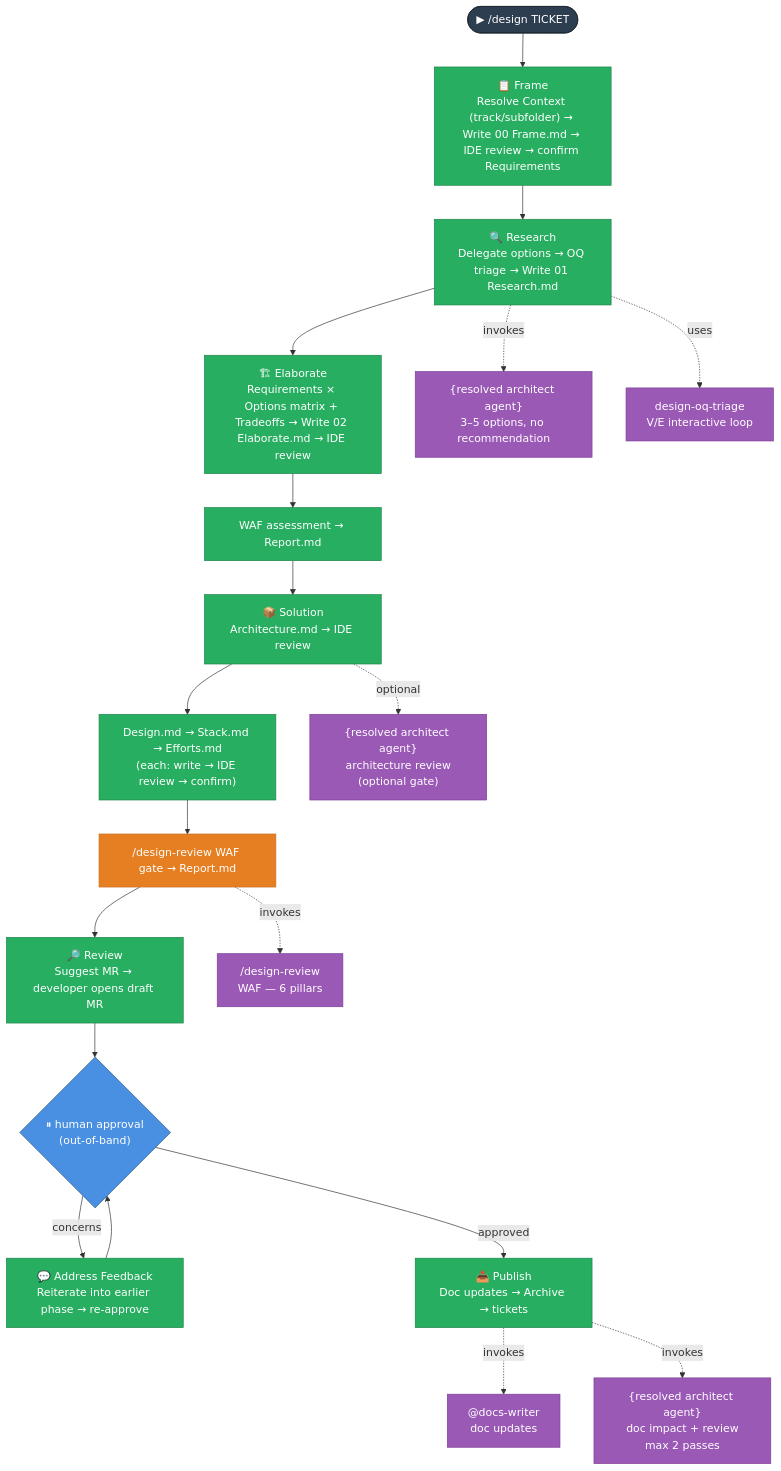
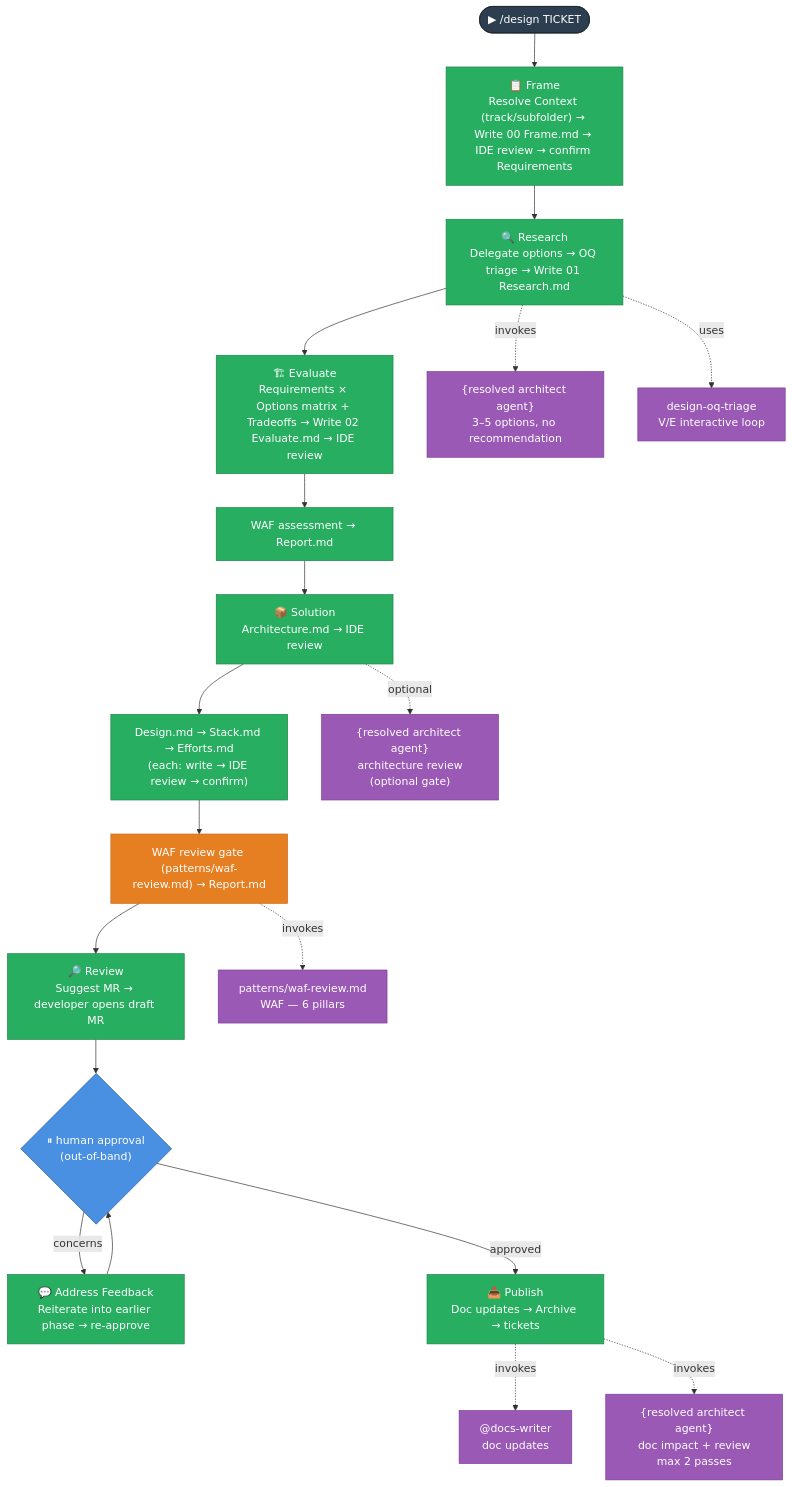
The diagram in docs/Engineering Guide/Lifecycles/02 Design Lifecycle.md (DataArt/adlc-discovery-tool), drawn with Mermaid before and after one commit. The commit also changed other lines of this file and 948 other files, not shown here.

````diff
--- a/docs/Engineering Guide/Lifecycles/02 Design Lifecycle.md
+++ b/docs/Engineering Guide/Lifecycles/02 Design Lifecycle.md
@@ -32,40 +32,40 @@
 ```mermaid
 flowchart TD
     START(["▶ /design TICKET"]):::actor
 
     F["📋 Frame\nResolve Context (track/subfolder) → Write 00 Frame.md → IDE review → confirm Requirements"]:::phase
     R["🔍 Research\nDelegate options → OQ triage → Write 01 Research.md"]:::phase
-    E["🏗 Elaborate\nRequirements × Options matrix + Tradeoffs → Write 02 Elaborate.md → IDE review"]:::phase
+    E["🏗 Evaluate\nRequirements × Options matrix + Tradeoffs → Write 02 Evaluate.md → IDE review"]:::phase
     EW["WAF assessment → Report.md"]:::phase
     S1["📦 Solution\nArchitecture.md → IDE review"]:::phase
     S2["Design.md → Stack.md → Efforts.md\n(each: write → IDE review → confirm)"]:::phase
-    SGATE["/design-review WAF gate → Report.md"]:::gate
+    SGATE["WAF review gate (patterns/waf-review.md) → Report.md"]:::gate
     REV["🔎 Review\nSuggest MR → developer opens draft MR"]:::phase
     PAPPROVE{"⏸ human approval\n(out-of-band)"}:::human
     AF["💬 Address Feedback\nReiterate into earlier phase → re-approve"]:::phase
     PUB["📤 Publish\nDoc updates → Archive → tickets"]:::phase
 
     ARC_R["{resolved architect agent}\n3–5 options, no recommendation"]:::sat
     OQT["design-oq-triage\nV/E interactive loop"]:::sat
     ARC_S["{resolved architect agent}\narchitecture review\n(optional gate)"]:::sat
-    DR["/design-review\nWAF — 6 pillars"]:::sat
+    DR["patterns/waf-review.md\nWAF — 6 pillars"]:::sat
     DW["@docs-writer\ndoc updates"]:::sat
     ARC_P["{resolved architect agent}\ndoc impact + review\nmax 2 passes"]:::sat
 
     START --> F --> R --> E --> EW --> S1 --> S2 --> SGATE --> REV --> PAPPROVE
     PAPPROVE -->|concerns| AF --> PAPPROVE
     PAPPROVE -->|approved| PUB
 
     R -.->|invokes| ARC_R
     R -.->|uses| OQT
     S1 -.->|optional| ARC_S
     SGATE -.->|invokes| DR
     PUB -.->|invokes| DW
     PUB -.->|invokes| ARC_P
 
     classDef actor fill:#2C3E50,stroke:#1A252F,color:#fff
     classDef phase fill:#27AE60,stroke:#1E8449,color:#fff
     classDef gate fill:#E67E22,stroke:#CA6F1E,color:#fff
     classDef human fill:#4A90E2,stroke:#2E5C8A,color:#fff
     classDef sat fill:#9B59B6,stroke:#7D3C98,color:#fff
 ```
````
